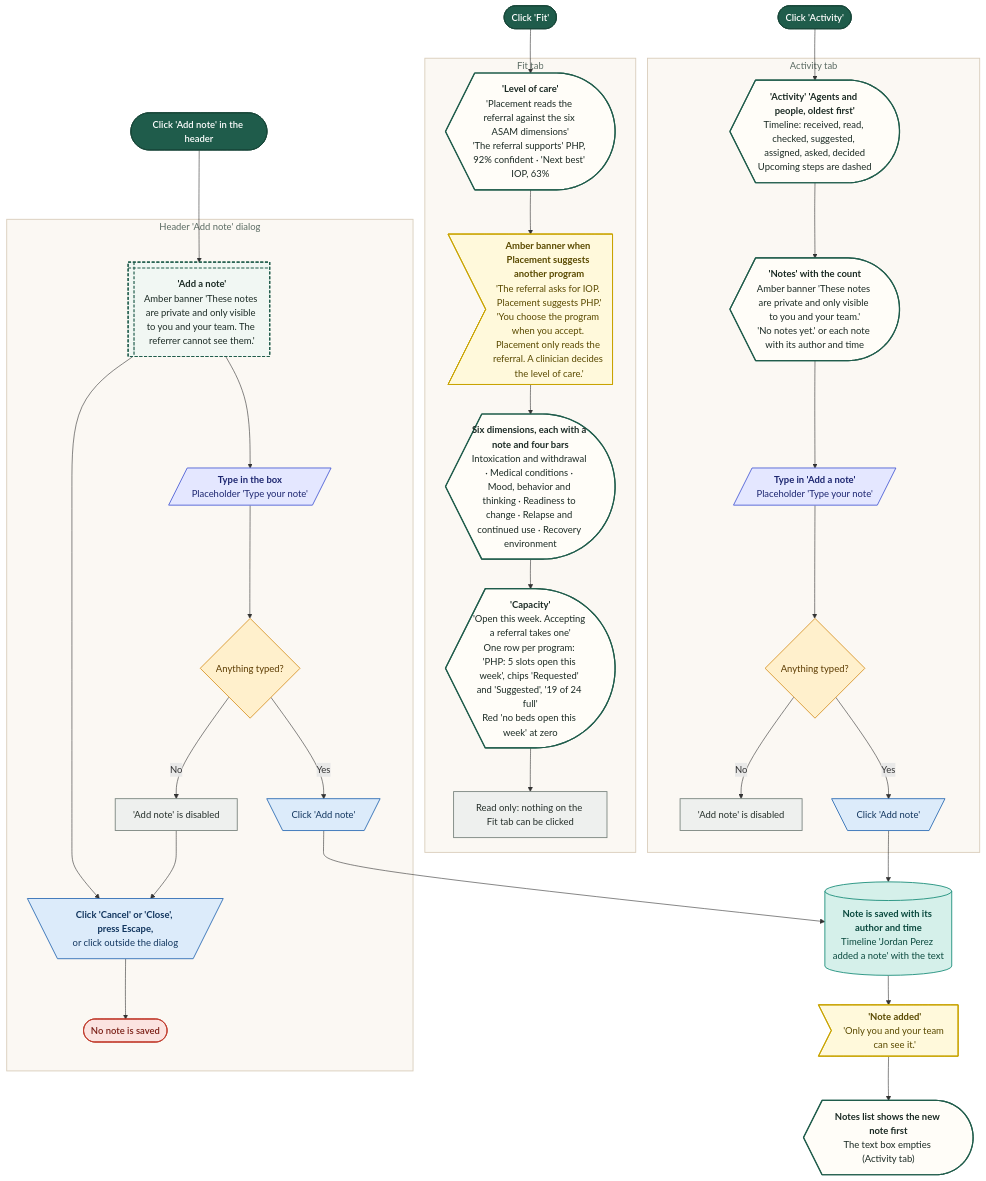
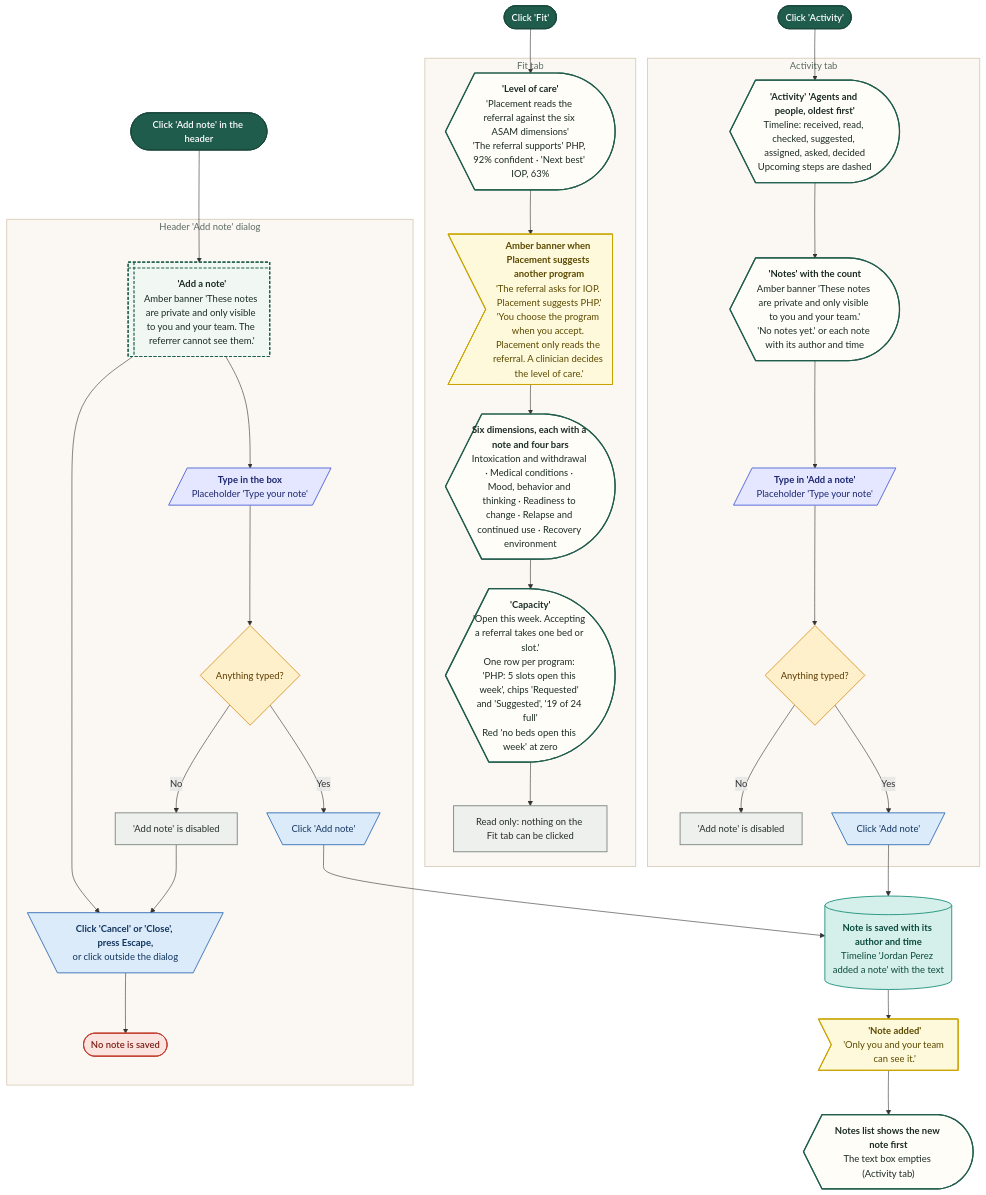
Before and after one commit to Shrav143/psyfloapp: diagram 13 of 36 in demos/prior-auth-demo/workflows/out/md/04-new-case.md, drawn with Mermaid. The commit also changed other lines of this file and 195 other files, not shown here.

First line of the commit message:
docs: Rebuild workflow diagrams after the demo fixes (220 diagrams)

````diff
--- a/demos/prior-auth-demo/workflows/out/md/04-new-case.md
+++ b/demos/prior-auth-demo/workflows/out/md/04-new-case.md
@@ -1071,72 +1109,72 @@
 ```mermaid
 %%{init: {"theme":"base","themeVariables":{"fontFamily":"'DM Sans', 'Segoe UI', system-ui, sans-serif","fontSize":"15px","lineColor":"#5B6B63","primaryTextColor":"#1C2B25","clusterBkg":"#FBF8F3","clusterBorder":"#D9CDBB","edgeLabelBackground":"#FFFFFF"},"flowchart":{"curve":"basis","nodeSpacing":36,"rankSpacing":48,"padding":12,"htmlLabels":true,"useMaxWidth":false,"wrappingWidth":230}} }%%
 flowchart TD
   classDef k_start fill:#1F5C4B,stroke:#174638,color:#FFFFFF,stroke-width:1.5px,font-weight:600
   classDef k_end fill:#DDEFE3,stroke:#2E7D4F,color:#14502F,stroke-width:1.5px,font-weight:600
   classDef k_endx fill:#FBE3E0,stroke:#C0392B,color:#7A1F16,stroke-width:1.5px,font-weight:600
   classDef k_screen fill:#FFFDF8,stroke:#1F5C4B,color:#1C2B25,stroke-width:2px
   classDef k_overlay fill:#F1F7F3,stroke:#1F5C4B,color:#1C2B25,stroke-width:2px,stroke-dasharray:5 3
   classDef k_click fill:#DCEBFA,stroke:#2F6DB5,color:#12365F,stroke-width:1.5px
   classDef k_input fill:#E4E7FF,stroke:#4C5FD5,color:#1D2670,stroke-width:1.5px
   classDef k_process fill:#EEF0EE,stroke:#7A857F,color:#26302B,stroke-width:1.5px
   classDef k_agent fill:#EEE5FA,stroke:#7A4FC2,color:#341A63,stroke-width:1.5px
   classDef k_decision fill:#FFF0CC,stroke:#D9962B,color:#5C3B00,stroke-width:1.5px
   classDef k_store fill:#D5F0EA,stroke:#1C8E7B,color:#0B4A3F,stroke-width:1.5px
   classDef k_doc fill:#F6E9DC,stroke:#B07A4C,color:#4A2E14,stroke-width:1.5px
   classDef k_ext fill:#FFE6D2,stroke:#E07B39,color:#6B2F06,stroke-width:1.5px
   classDef k_wait fill:#E4E8EE,stroke:#6B7C93,color:#26303D,stroke-width:1.5px
   classDef k_toast fill:#FFF9DB,stroke:#C9A400,color:#5A4A00,stroke-width:1.5px
   classDef k_goto fill:#FFFFFF,stroke:#1F5C4B,color:#1F5C4B,stroke-width:1.5px,stroke-dasharray:5 3
   s1@{ shape: stadium, label: "Click 'Fit'" }
   s2@{ shape: stadium, label: "Click 'Activity'" }
   s3@{ shape: stadium, label: "Click 'Add note' in the header" }
   subgraph gFit ["Fit tab"]
   f1@{ shape: curv-trap, label: "<b>'Level of care'</b><br/>'Placement reads the referral against the six ASAM dimensions'<br/>'The referral supports' PHP, 92% confident · 'Next best' IOP, 63%" }
   f2@{ shape: odd, label: "<b>Amber banner when Placement suggests another program</b><br/>'The referral asks for IOP. Placement suggests PHP.'<br/>'You choose the program when you accept. Placement only reads the referral. A clinician decides the level of care.'" }
   f3@{ shape: curv-trap, label: "<b>Six dimensions, each with a note and four bars</b><br/>Intoxication and withdrawal · Medical conditions · Mood, behavior and thinking · Readiness to change · Relapse and continued use · Recovery environment" }
-  f4@{ shape: curv-trap, label: "<b>'Capacity'</b><br/>'Open this week. Accepting a referral takes one'<br/>One row per program: 'PHP: 5 slots open this week', chips 'Requested' and 'Suggested', '19 of 24 full'<br/>Red 'no beds open this week' at zero" }
+  f4@{ shape: curv-trap, label: "<b>'Capacity'</b><br/>'Open this week. Accepting a referral takes one bed or slot.'<br/>One row per program: 'PHP: 5 slots open this week', chips 'Requested' and 'Suggested', '19 of 24 full'<br/>Red 'no beds open this week' at zero" }
   f5@{ shape: rect, label: "Read only: nothing on the Fit tab can be clicked" }
   end
   subgraph gAct ["Activity tab"]
   a1@{ shape: curv-trap, label: "<b>'Activity' 'Agents and people, oldest first'</b><br/>Timeline: received, read, checked, suggested, assigned, asked, decided<br/>Upcoming steps are dashed" }
   a2@{ shape: curv-trap, label: "<b>'Notes' with the count</b><br/>Amber banner 'These notes are private and only visible to you and your team.'<br/>'No notes yet.' or each note with its author and time" }
   a3@{ shape: lean-r, label: "<b>Type in 'Add a note'</b><br/>Placeholder 'Type your note'" }
   a4@{ shape: diam, label: "Anything typed?" }
   a5@{ shape: rect, label: "'Add note' is disabled" }
   a6@{ shape: trap-t, label: "Click 'Add note'" }
   end
   subgraph gMod ["Header 'Add note' dialog"]
   m1@{ shape: win-pane, label: "<b>'Add a note'</b><br/>Amber banner 'These notes are private and only visible to you and your team. The referrer cannot see them.'" }
   m2@{ shape: lean-r, label: "<b>Type in the box</b><br/>Placeholder 'Type your note'" }
   m3@{ shape: diam, label: "Anything typed?" }
   m4@{ shape: rect, label: "'Add note' is disabled" }
   m5@{ shape: trap-t, label: "Click 'Add note'" }
   m6@{ shape: trap-t, label: "<b>Click 'Cancel' or 'Close', press Escape,</b><br/>or click outside the dialog" }
   m7@{ shape: stadium, label: "No note is saved" }
   end
   n1@{ shape: cyl, label: "<b>Note is saved with its author and time</b><br/>Timeline 'Jordan Perez added a note' with the text" }
   n2@{ shape: odd, label: "<b>'Note added'</b><br/>'Only you and your team can see it.'" }
   n3@{ shape: curv-trap, label: "<b>Notes list shows the new note first</b><br/>The text box empties (Activity tab)" }
   s1 --> f1 --> f2 --> f3 --> f4 --> f5
   s2 --> a1 --> a2 --> a3 --> a4
   a4 -->|"No"| a5
   a4 -->|"Yes"| a6 --> n1
   s3 --> m1 --> m2 --> m3
   m3 -->|"No"| m4 --> m6
   m3 -->|"Yes"| m5 --> n1
   m1 --> m6 --> m7
   n1 --> n2 --> n3
   class s1,s2,s3 k_start
   class f1,f3,f4,a1,a2,n3 k_screen
   class f2,n2 k_toast
   class f5,a5,m4 k_process
   class a3,m2 k_input
   class a4,m3 k_decision
   class a6,m5,m6 k_click
   class m1 k_overlay
   class m7 k_endx
   class n1 k_store
   style gFit fill:#FBF8F3,stroke:#D9CDBB,stroke-width:1.5px,color:#5B6B63
   style gAct fill:#FBF8F3,stroke:#D9CDBB,stroke-width:1.5px,color:#5B6B63
   style gMod fill:#FBF8F3,stroke:#D9CDBB,stroke-width:1.5px,color:#5B6B63
 ```
````
